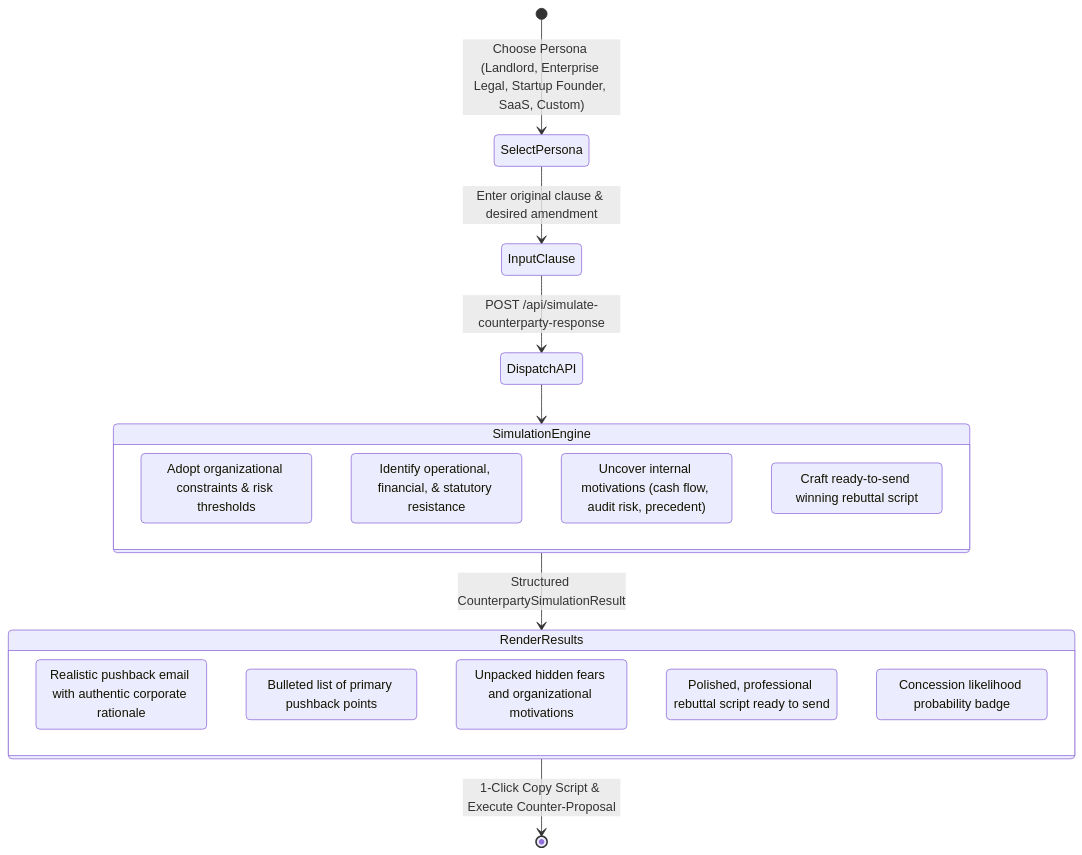
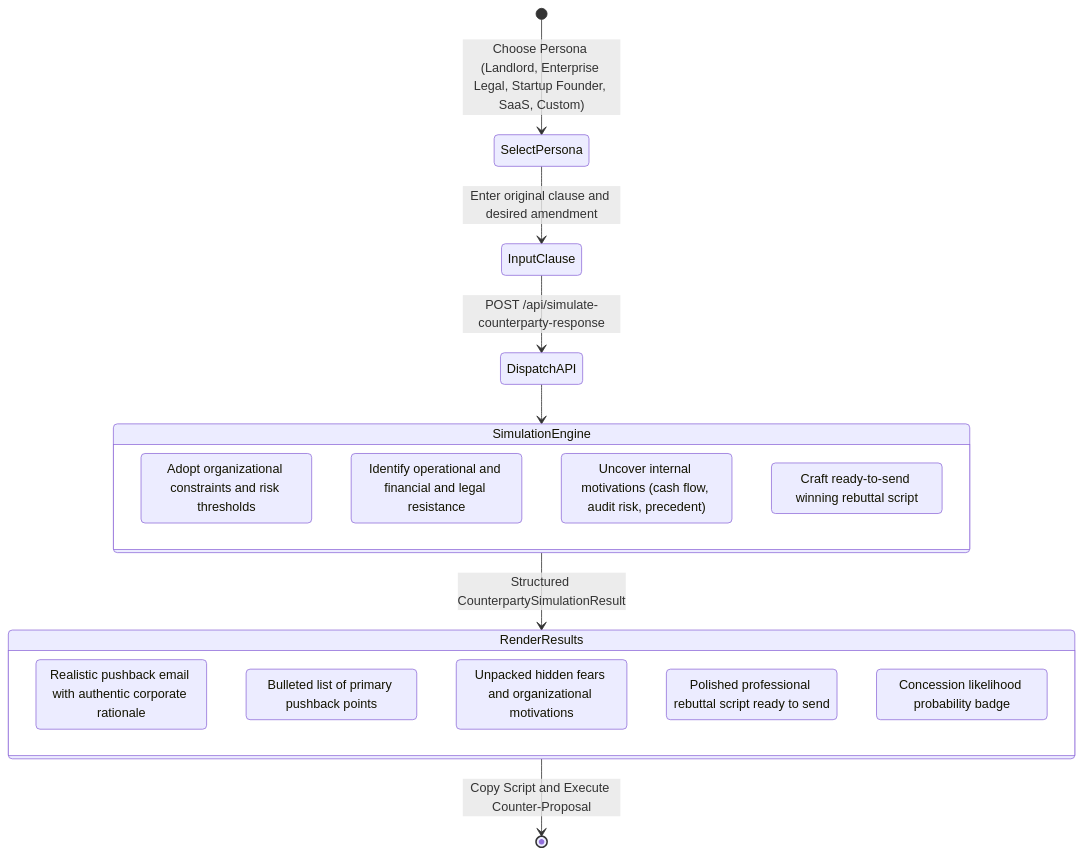
Before and after one commit to RiyanshiVerma-11/ClarifyLegal: the sixth of 10 diagrams in README.md, drawn with Mermaid. The commit also changed other lines of this file, not shown here.

First line of the commit message:
docs: update architecture diagram in README

````diff
--- a/README.md
+++ b/README.md
@@ -298,26 +297,26 @@
 ```mermaid
 stateDiagram-v2
     [*] --> SelectPersona: Choose Persona (Landlord, Enterprise Legal, Startup Founder, SaaS, Custom)
-    SelectPersona --> InputClause: Enter original clause & desired amendment
+    SelectPersona --> InputClause: Enter original clause and desired amendment
     InputClause --> DispatchAPI: POST /api/simulate-counterparty-response
 
     state SimulationEngine {
-        PersonaModeling: Adopt organizational constraints & risk thresholds
-        ObjectionMining: Identify operational, financial, & statutory resistance
+        PersonaModeling: Adopt organizational constraints and risk thresholds
+        ObjectionMining: Identify operational and financial and legal resistance
         IncentiveAnalysis: Uncover internal motivations (cash flow, audit risk, precedent)
         ScriptSynthesis: Craft ready-to-send winning rebuttal script
     }
 
     DispatchAPI --> SimulationEngine
     SimulationEngine --> RenderResults: Structured CounterpartySimulationResult
 
     state RenderResults {
         SimulatedEmail: Realistic pushback email with authentic corporate rationale
         CoreObjections: Bulleted list of primary pushback points
         UnderlyingIncentive: Unpacked hidden fears and organizational motivations
-        WinningComeback: Polished, professional rebuttal script ready to send
+        WinningComeback: Polished professional rebuttal script ready to send
         ConcessionOdds: Concession likelihood probability badge
     }
 
-    RenderResults --> [*]: 1-Click Copy Script & Execute Counter-Proposal
+    RenderResults --> [*]: Copy Script and Execute Counter-Proposal
 ```
````
